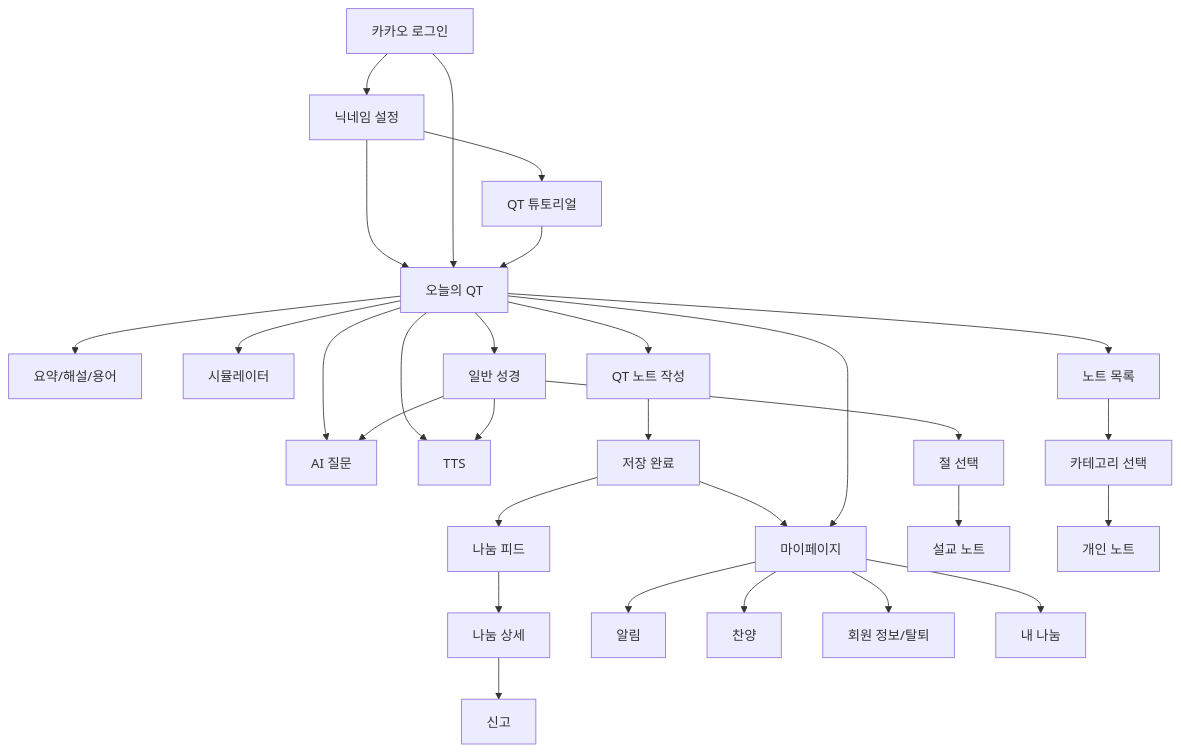
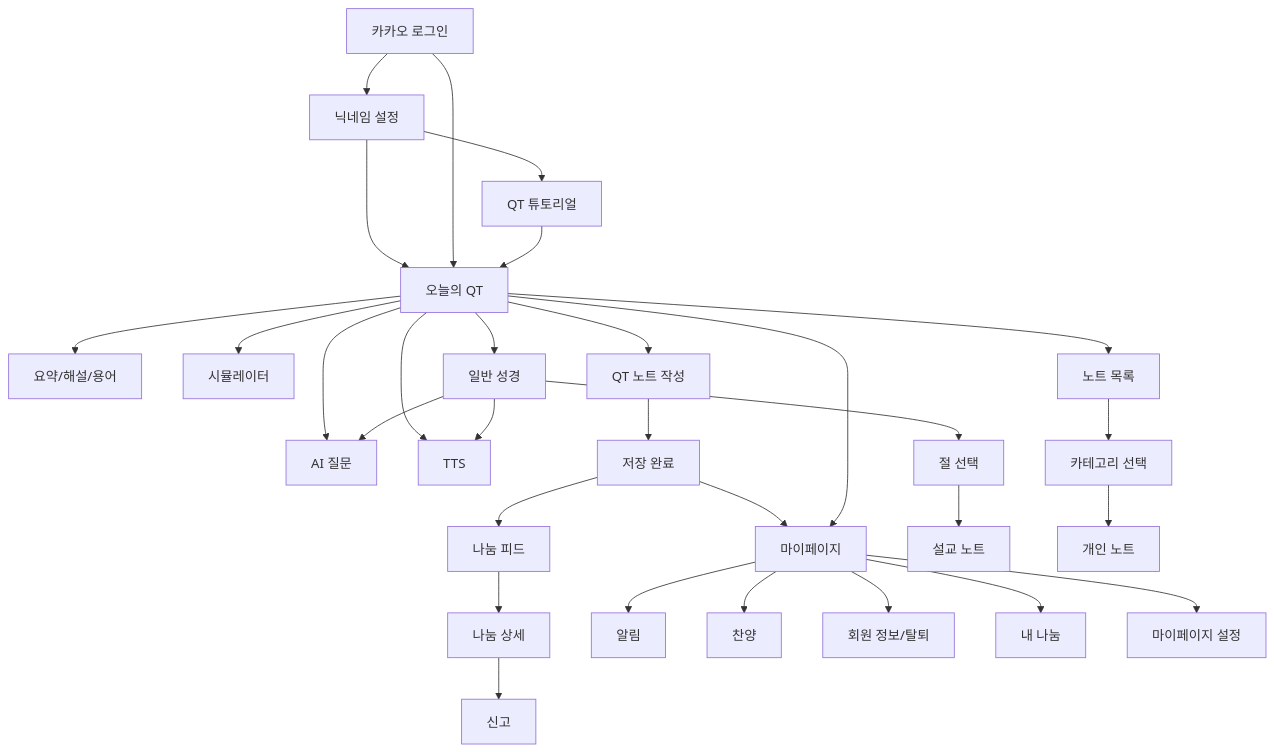
Before and after one commit to Tae0072/2nd-Team-Project: the diagram in 08_스토리보드.md, drawn with Mermaid. The commit also changed other lines of this file and 19 other files, not shown here.

````diff
--- a/08_스토리보드.md
+++ b/08_스토리보드.md
@@ -628,36 +645,37 @@
 ```mermaid
 flowchart TD
     A02[카카오 로그인] --> A03[닉네임 설정]
     A03 --> Q01[오늘의 QT]
     A02 --> Q01
     A03 --> A04[QT 튜토리얼]
     A04 --> Q01
 
     Q01 --> Q02[요약/해설/용어]
     Q01 --> Q04[AI 질문]
     Q01 --> Q05[TTS]
     Q01 --> Q03[시뮬레이터]
     Q01 --> Q06[QT 노트 작성]
     Q06 --> Q07[저장 완료]
     Q07 --> M01[마이페이지]
     Q07 --> S01[나눔 피드]
 
     Q01 --> B01[일반 성경]
     B01 --> B02[절 선택]
     B02 --> B03[설교 노트]
     B01 --> Q04
     B01 --> Q05
 
     Q01 --> N01[노트 목록]
     N01 --> N02[카테고리 선택]
     N02 --> N03[개인 노트]
 
     S01 --> S02[나눔 상세]
     S02 --> S03[신고]
 
     Q01 --> M01
     M01 --> M02[알림]
     M01 --> M03[찬양]
     M01 --> M04[회원 정보/탈퇴]
     M01 --> M05[내 나눔]
+    M01 --> M06[마이페이지 설정]
 ```
````
